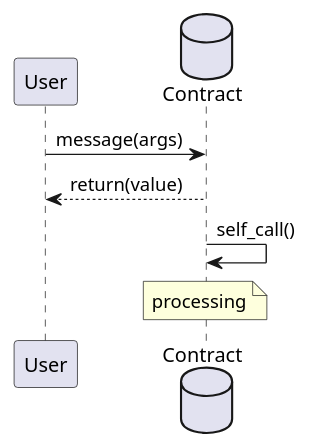
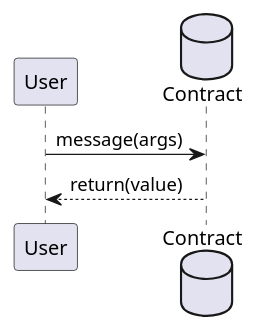
One commit to iampkuhz/openspec-research-blockchain changed the second of 5 diagrams in harness/rules/diagrams/diagram-selection-matrix.md. Above: the diagram before and after it, drawn with PlantUML. The commit also changed other lines of this file and 6 other files, not shown here.

Commit message:
添加 plantuml 强校验

````diff
--- a/harness/rules/diagrams/diagram-selection-matrix.md
+++ b/harness/rules/diagrams/diagram-selection-matrix.md
@@ -69,9 +85,6 @@
 ```plantuml
 participant "User" as U
 database "Contract" as C
-
 U -> C: message(args)
 C --> U: return(value)
-C -> C: self_call()
-note over C: processing
 ```
````
